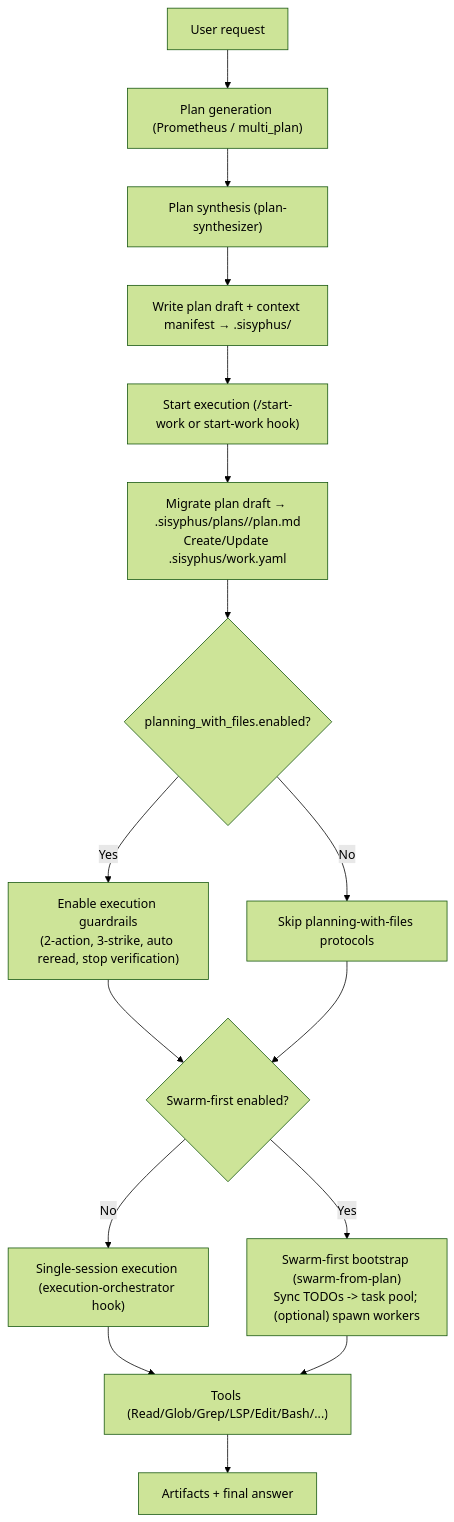
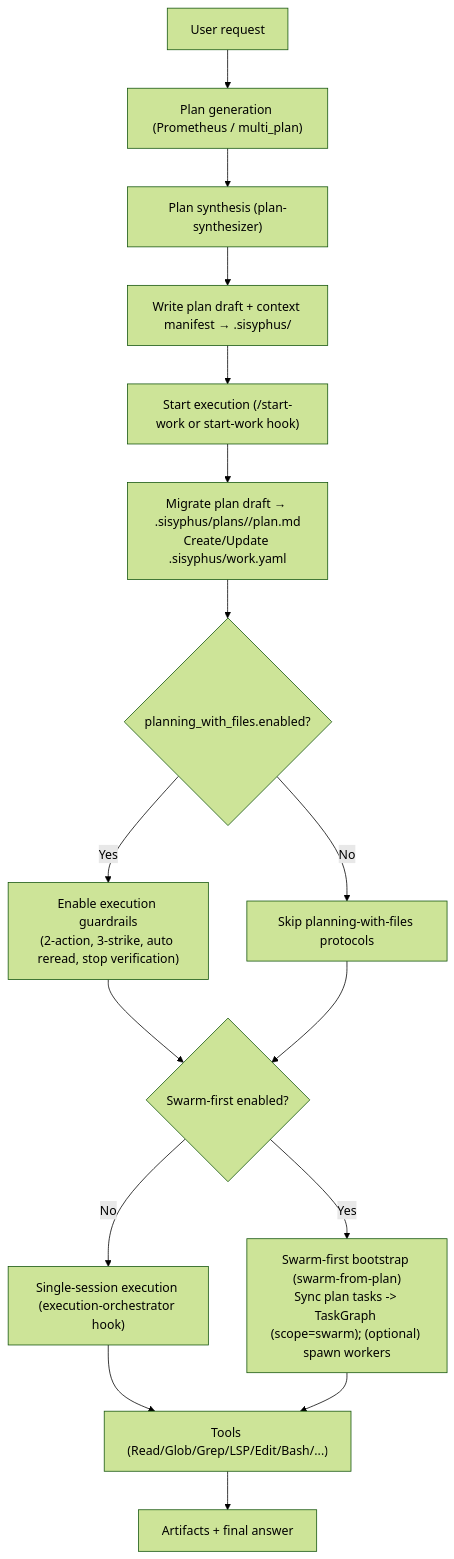
The diagram in docs/journeys/planning-to-execution.md (arcthur/oh-my-opencode), drawn with Mermaid (forest theme) before and after one commit. The commit also changed other lines of this file and 171 other files, not shown here.

First line of the commit message:
refactor(task-graph): hard switch to TaskGraph V2 SSOT

````diff
--- a/docs/journeys/planning-to-execution.md
+++ b/docs/journeys/planning-to-execution.md
@@ -10,22 +10,22 @@
 ```mermaid
 flowchart TD
   U["User request"] --> PG["Plan generation (Prometheus / multi_plan)"]
   PG --> PS["Plan synthesis (plan-synthesizer)"]
 
   PS --> ART["Write plan draft + context manifest → .sisyphus/"]
   ART --> SW["Start execution (/start-work or start-work hook)"]
   SW --> MIG["Migrate plan draft → .sisyphus/plans/<planId>/plan.md\nCreate/Update .sisyphus/work.yaml"]
 
   MIG --> PWF{"planning_with_files.enabled?"}
   PWF -->|Yes| PWFY["Enable execution guardrails\n(2-action, 3-strike, auto reread, stop verification)"]
   PWF -->|No| PWFN["Skip planning-with-files protocols"]
 
   PWFY --> MODE{"Swarm-first enabled?"}
   PWFN --> MODE
   MODE -->|No| AT["Single-session execution (execution-orchestrator hook)"]
-  MODE -->|Yes| SF["Swarm-first bootstrap (swarm-from-plan)\nSync TODOs -> task pool; (optional) spawn workers"]
+  MODE -->|Yes| SF["Swarm-first bootstrap (swarm-from-plan)\nSync plan tasks -> TaskGraph (scope=swarm); (optional) spawn workers"]
 
   AT --> TOOL["Tools (Read/Glob/Grep/LSP/Edit/Bash/...)"]
   SF --> TOOL
   TOOL --> OUT["Artifacts + final answer"]
 ```
````
